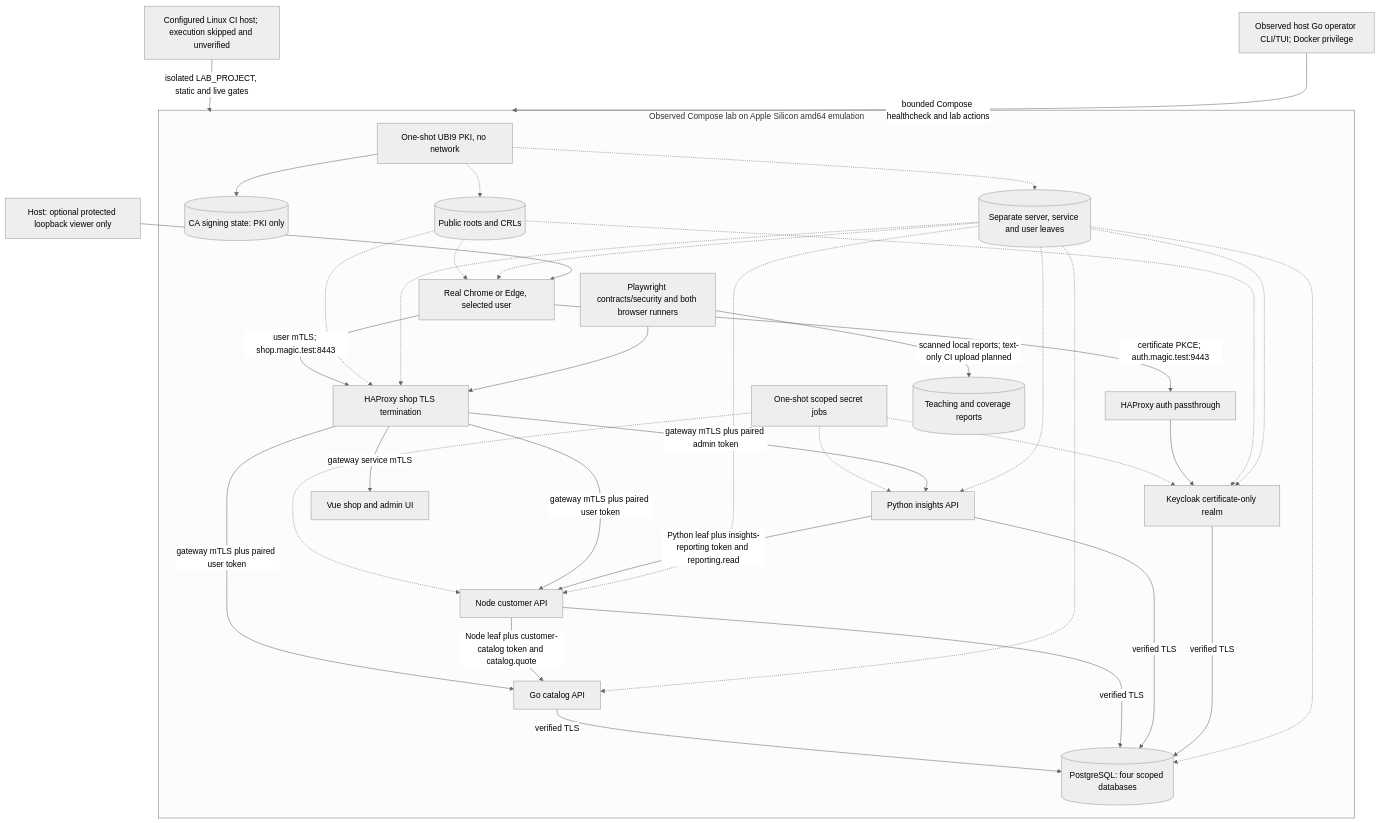
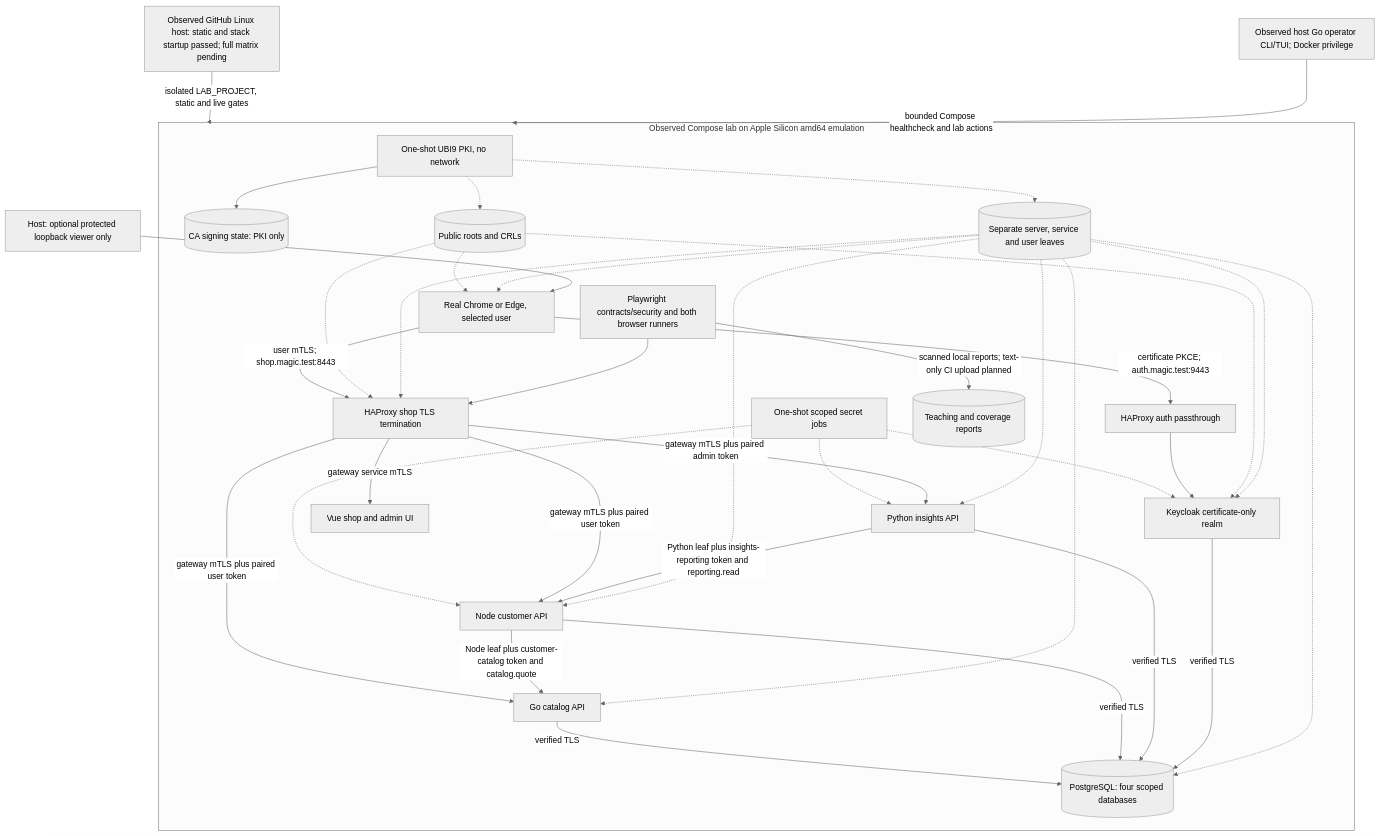
One commit to orieken/testing-with-certs changed the first of 3 diagrams in docs/architecture.md. Above: the diagram before and after it, drawn with Mermaid (neutral theme). The commit also changed other lines of this file and 10 other files, not shown here.

````diff
--- a/docs/architecture.md
+++ b/docs/architecture.md
@@ -11,39 +11,39 @@
 ```mermaid
 flowchart TB
-  CI["Configured Linux CI host; execution skipped and unverified"] -->|"isolated LAB_PROJECT, static and live gates"| Lab
+  CI["Observed GitHub Linux host: static and stack startup passed; full matrix pending"] -->|"isolated LAB_PROJECT, static and live gates"| Lab
   Operator["Observed host Go operator CLI/TUI; Docker privilege"] -->|"bounded Compose healthcheck and lab actions"| Lab
   subgraph Lab["Observed Compose lab on Apple Silicon amd64 emulation"]
     PKI["One-shot UBI9 PKI, no network"] --> CA[("CA signing state: PKI only")]
     PKI -.-> Trust[("Public roots and CRLs")]
     PKI -.-> Leaves[("Separate server, service and user leaves")]
     Secrets["One-shot scoped secret jobs"] -.-> KC["Keycloak certificate-only realm"]
     Secrets -.-> Node["Node customer API"]
     Secrets -.-> Python["Python insights API"]
     Browser["Real Chrome or Edge, selected user"] -->|"user mTLS; shop.magic.test:8443"| HA["HAProxy shop TLS termination"]
     Browser -->|"certificate PKCE; auth.magic.test:9443"| Tunnel["HAProxy auth passthrough"]
     Tunnel --> KC
     HA -->|"gateway service mTLS"| UI["Vue shop and admin UI"]
     HA -->|"gateway mTLS plus paired user token"| Go["Go catalog API"]
     HA -->|"gateway mTLS plus paired user token"| Node
     HA -->|"gateway mTLS plus paired admin token"| Python
     Node -->|"Node leaf plus customer-catalog token and catalog.quote"| Go
     Python -->|"Python leaf plus insights-reporting token and reporting.read"| Node
     Go -->|"verified TLS"| DB[("PostgreSQL: four scoped databases")]
     Node -->|"verified TLS"| DB
     Python -->|"verified TLS"| DB
     KC -->|"verified TLS"| DB
     Trust -.-> Browser
     Trust -.-> HA
     Trust -.-> KC
     Leaves -.-> Browser
     Leaves -.-> HA
     Leaves -.-> KC
     Leaves -.-> Go
     Leaves -.-> Node
     Leaves -.-> Python
     Leaves -.-> DB
     Tests["Playwright contracts/security and both browser runners"] --> HA
     Tests -->|"scanned local reports; text-only CI upload planned"| Reports[("Teaching and coverage reports")]
   end
   Host["Host: optional protected loopback viewer only"] --> Browser
 ```
````
